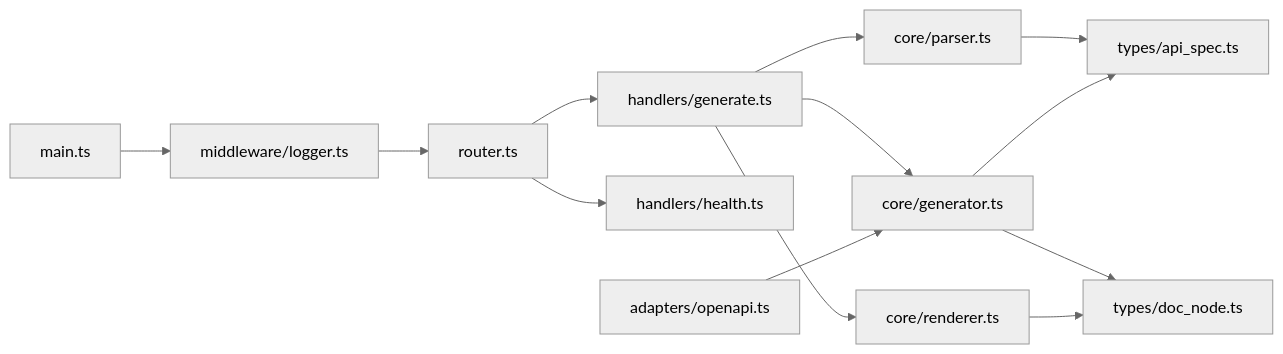
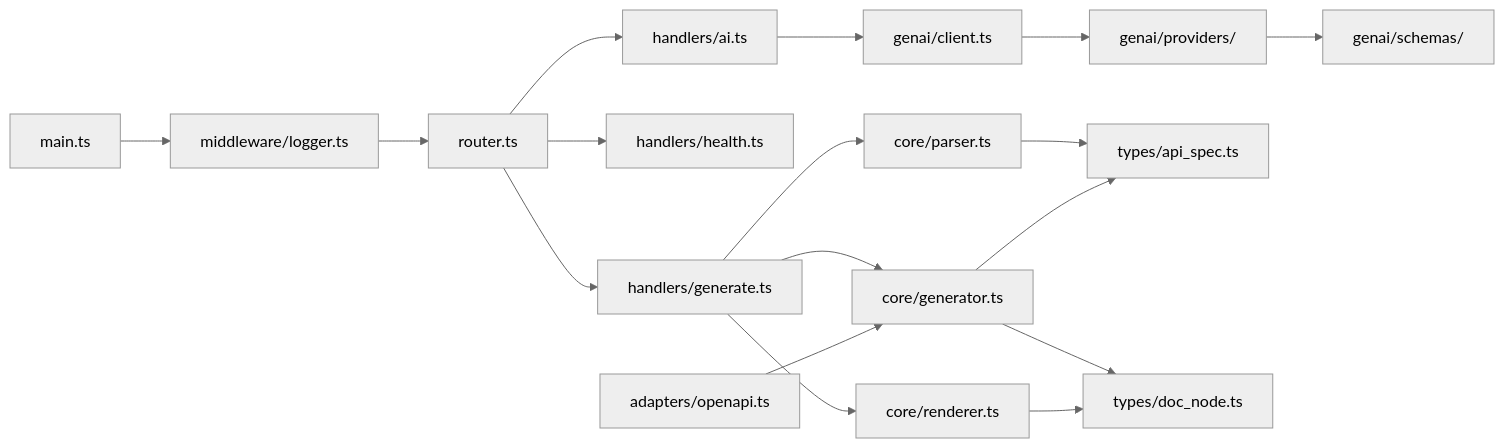
Before and after one commit to phaethix/api-doc-generator: the third of 4 diagrams in docs/api-doc-generator-whitepaper.md, drawn with Mermaid (neutral theme). The commit also changed other lines of this file, not shown here.

````diff
--- a/docs/api-doc-generator-whitepaper.md
+++ b/docs/api-doc-generator-whitepaper.md
@@ -229,15 +422,19 @@
 ```mermaid
 graph LR
     main["main.ts"] --> middleware["middleware/logger.ts"]
     middleware --> router["router.ts"]
     router --> gen_h["handlers/generate.ts"]
     router --> health_h["handlers/health.ts"]
+    router --> ai_h["handlers/ai.ts"]
     gen_h --> parser["core/parser.ts"]
     gen_h --> generator["core/generator.ts"]
     gen_h --> renderer["core/renderer.ts"]
     adapters["adapters/openapi.ts"] --> generator
+    ai_h --> llm["genai/client.ts"]
+    llm --> provider["genai/providers/"]
+    provider --> schema["genai/schemas/"]
     parser --> types_spec["types/api_spec.ts"]
     generator --> types_spec
     generator --> types_doc["types/doc_node.ts"]
     renderer --> types_doc
 ```
````
